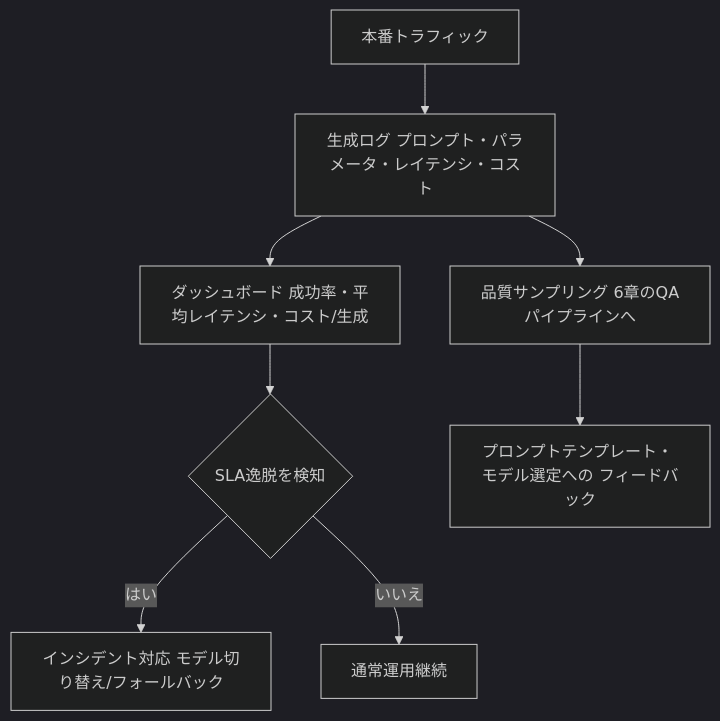
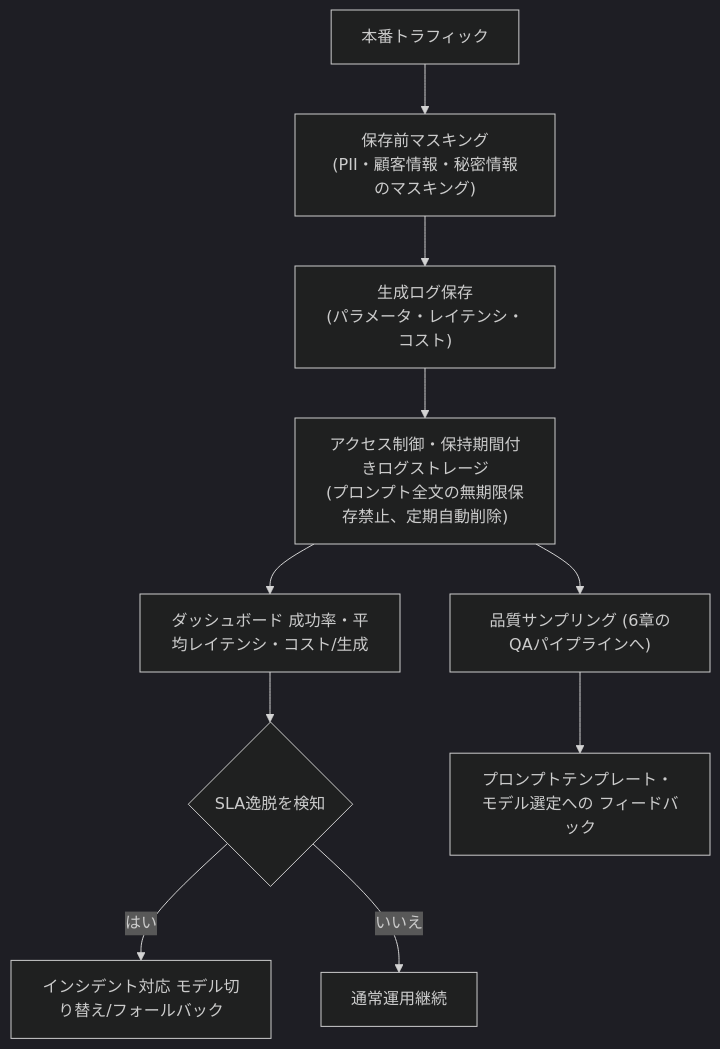
Before and after one commit to myoshi2891/Comparison-of-LLMs: diagram 18 of 18 in Multimodal-image-audio-best-practices-2026.md, drawn with Mermaid (dark theme). The commit also changed other lines of this file and 6 other files, not shown here.

````diff
--- a/Multimodal-image-audio-best-practices-2026.md
+++ b/Multimodal-image-audio-best-practices-2026.md
@@ -648,10 +658,12 @@
 ```mermaid
 flowchart TD
-    Prod["本番トラフィック"] --> Log["生成ログ プロンプト・パラメータ・レイテンシ・コスト"]
-    Log --> Metrics["ダッシュボード 成功率・平均レイテンシ・コスト/生成"]
-    Log --> QSample["品質サンプリング 6章のQAパイプラインへ"]
+    Prod["本番トラフィック"] --> Mask["保存前マスキング<br/>(PII・顧客情報・秘密情報のマスキング)"]
+    Mask --> Log["生成ログ保存<br/>(パラメータ・レイテンシ・コスト)"]
+    Log --> Storage["アクセス制御・保持期間付きログストレージ<br/>(プロンプト全文の無期限保存禁止、定期自動削除)"]
+    Storage --> Metrics["ダッシュボード 成功率・平均レイテンシ・コスト/生成"]
+    Storage --> QSample["品質サンプリング (6章のQAパイプラインへ)"]
     Metrics --> Alert{"SLA逸脱を検知"}
     Alert -->|"はい"| Incident["インシデント対応 モデル切り替え/フォールバック"]
     Alert -->|"いいえ"| Continue["通常運用継続"]
     QSample --> Feedback["プロンプトテンプレート・ モデル選定への フィードバック"]
 ```
````
